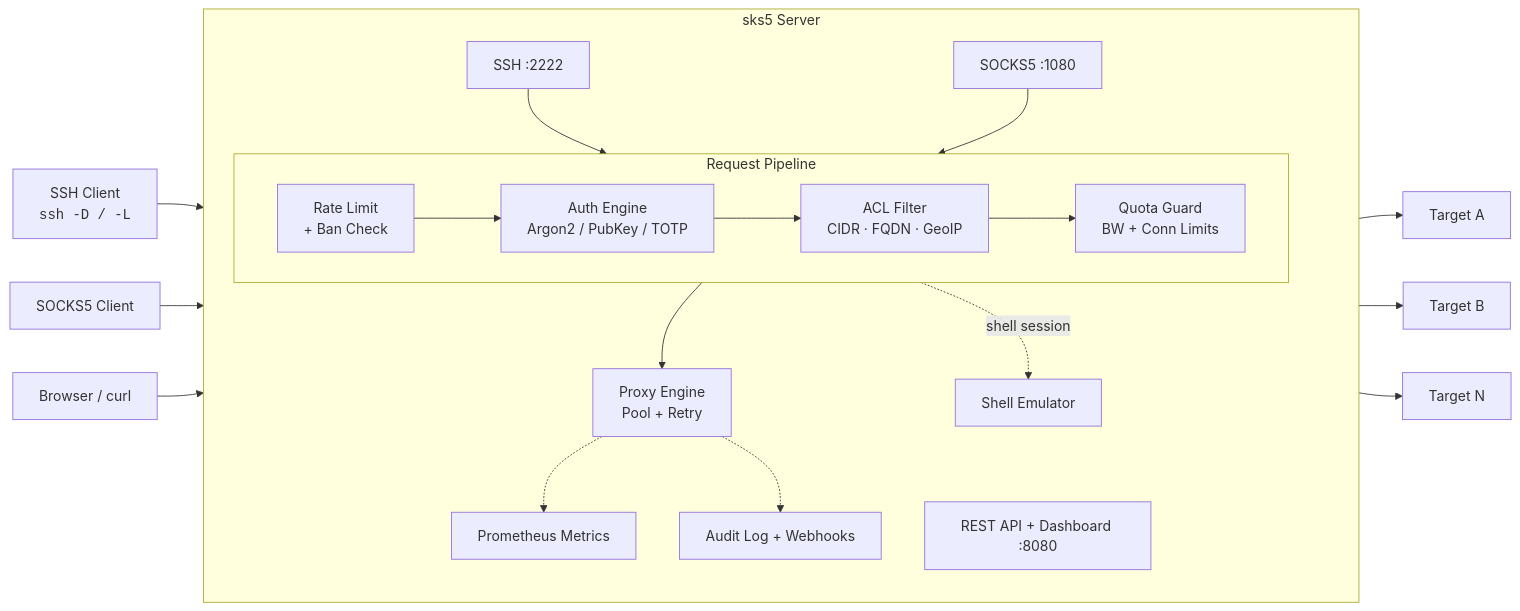
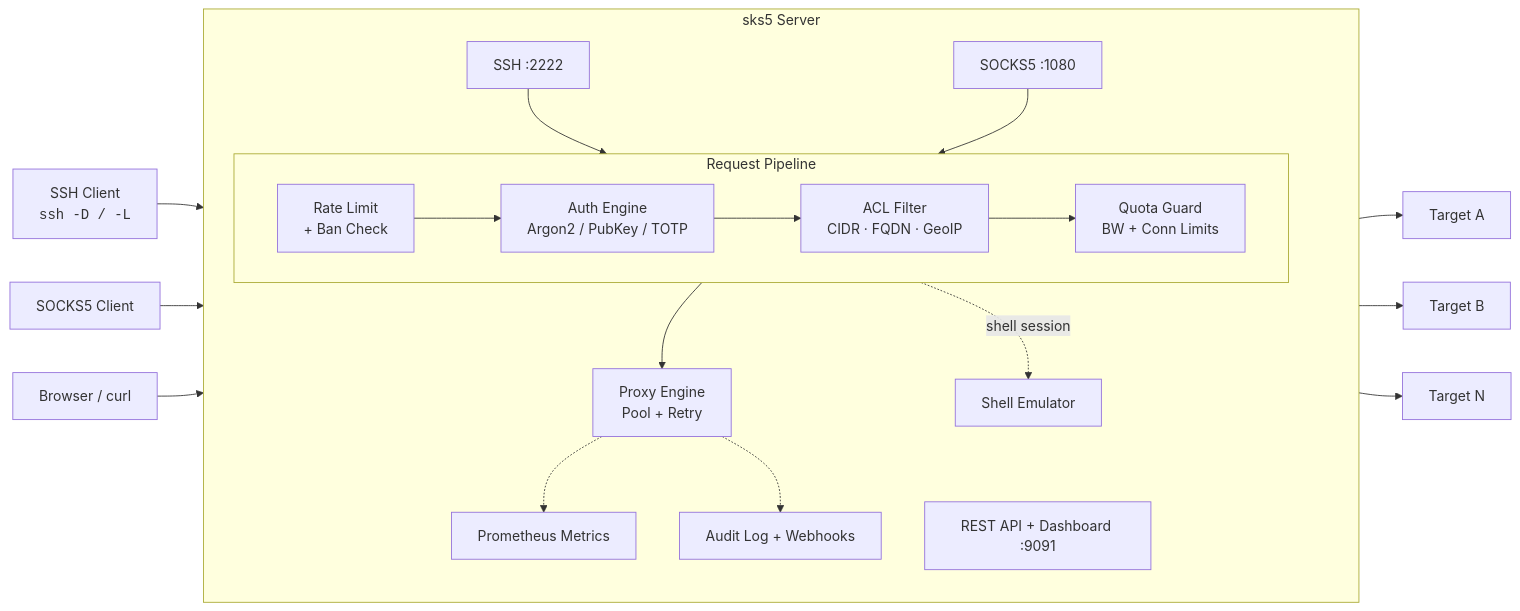
Before and after one commit to galti3r/sks5: the diagram in README.md, drawn with Mermaid. The commit also changed other lines of this file and 22 other files, not shown here.

````diff
--- a/README.md
+++ b/README.md
@@ -14,46 +14,46 @@
 ```mermaid
 flowchart LR
     Client["SSH Client<br/><code>ssh -D / -L</code>"]
     SOCKS["SOCKS5 Client"]
     Browser["Browser / curl"]
 
     Client --> SSH
     SOCKS --> SOCKS5
     Browser --> REST
 
     subgraph sks5["sks5 Server"]
         direction TB
         SSH["SSH :2222"]
         SOCKS5["SOCKS5 :1080"]
-        REST["REST API + Dashboard :8080"]
+        REST["REST API + Dashboard :9091"]
 
         subgraph pipeline["Request Pipeline"]
             direction LR
             RateLimit["Rate Limit<br/>+ Ban Check"]
             Auth["Auth Engine<br/>Argon2 / PubKey / TOTP"]
             ACL["ACL Filter<br/>CIDR · FQDN · GeoIP"]
             Quota["Quota Guard<br/>BW + Conn Limits"]
         end
 
         SSH --> RateLimit
         SOCKS5 --> RateLimit
         RateLimit --> Auth
         Auth --> ACL
         ACL --> Quota
 
         Proxy["Proxy Engine<br/>Pool + Retry"]
         Quota --> Proxy
 
         Shell["Shell Emulator"]
         Auth -.->|shell session| Shell
 
         Metrics["Prometheus Metrics"]
         Audit["Audit Log + Webhooks"]
         Proxy -.-> Metrics
         Proxy -.-> Audit
     end
 
     Proxy --> T1["Target A"]
     Proxy --> T2["Target B"]
     Proxy --> TN["Target N"]
 ```
````
